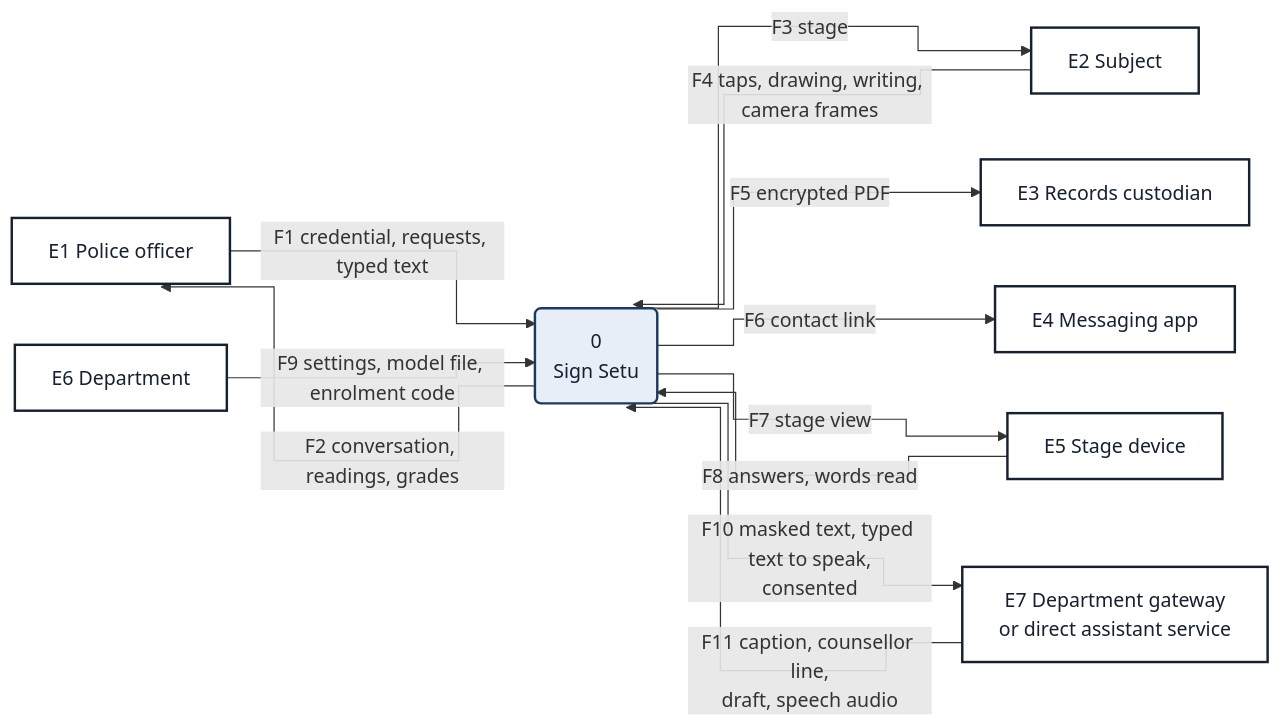
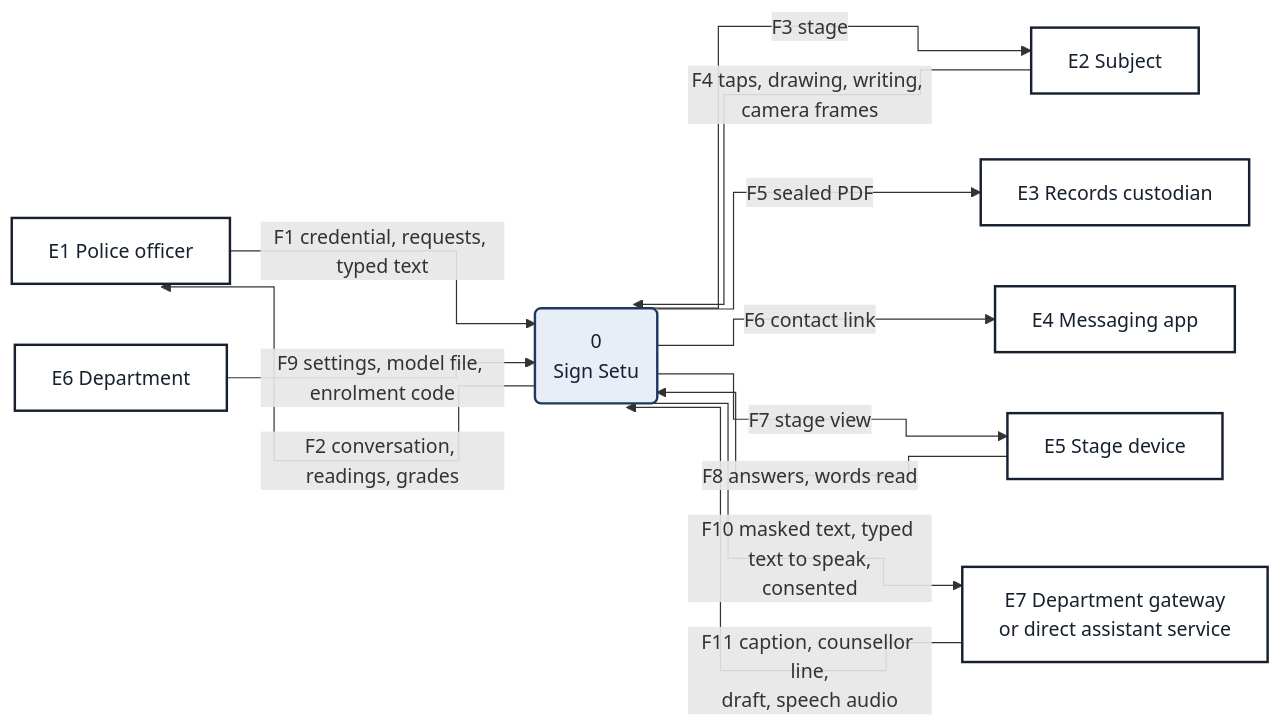
One commit to Yash-Awasthi/sign-setu changed the second of 3 diagrams in docs/README.md. Above: the diagram before and after it, drawn with Mermaid. The commit also changed other lines of this file and 29 other files, not shown here.

````diff
--- a/docs/README.md
+++ b/docs/README.md
@@ -136,25 +136,25 @@
 ```mermaid
 %%{init: {"flowchart": {"curve": "step"}}}%%
 flowchart LR
     E1["E1 Police officer"]:::ent
     E2["E2 Subject"]:::ent
     E3["E3 Records custodian"]:::ent
     E4["E4 Messaging app"]:::ent
     E5["E5 Stage device"]:::ent
     E6["E6 Department"]:::ent
     E7["E7 Department gateway<br/>or direct assistant service"]:::ent
     P0("0<br/>Sign Setu"):::proc
     E1 -- "F1 credential, requests, typed text" --> P0
     P0 -- "F2 conversation, readings, grades" --> E1
     P0 -- "F3 stage" --> E2
     E2 -- "F4 taps, drawing, writing, camera frames" --> P0
-    P0 -- "F5 encrypted PDF" --> E3
+    P0 -- "F5 sealed PDF" --> E3
     P0 -- "F6 contact link" --> E4
     P0 -- "F7 stage view" --> E5
     E5 -- "F8 answers, words read" --> P0
     E6 -- "F9 settings, model file, enrolment code" --> P0
     P0 -- "F10 masked text, typed text to speak,<br/>consented" --> E7
     E7 -- "F11 caption, counsellor line,<br/>draft, speech audio" --> P0
     classDef ent fill:#ffffff,stroke:#16202e,stroke-width:2px,color:#16202e
     classDef proc fill:#e8eef7,stroke:#1f3a5f,stroke-width:2px,color:#16202e
 ```
````
